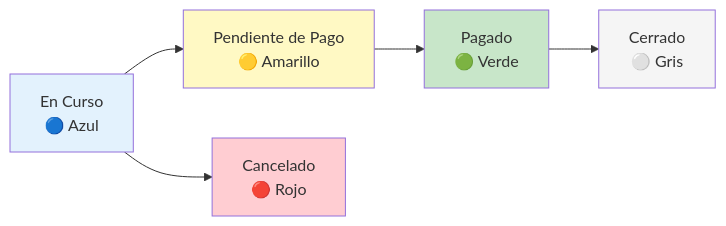
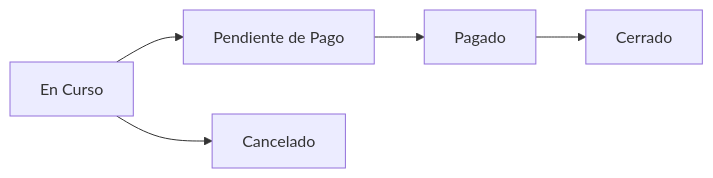
One commit to MKS2508/tpv-el-haido2 changed the second of 4 diagrams in apps/haidodocs/public/manual-usuario.md. Above: the diagram before and after it, drawn with Mermaid. The commit also changed other lines of this file and 23 other files, not shown here.

````diff
--- a/apps/haidodocs/public/manual-usuario.md
+++ b/apps/haidodocs/public/manual-usuario.md
@@ -565,13 +597,7 @@
 ```mermaid
 graph LR
-    A[En Curso<br/>🔵 Azul] --> B[Pendiente de Pago<br/>🟡 Amarillo]
-    B --> C[Pagado<br/>🟢 Verde]
-    C --> D[Cerrado<br/>⚪ Gris]
-    A --> E[Cancelado<br/>🔴 Rojo]
-
-    style A fill:#e3f2fd
-    style B fill:#fff9c4
-    style C fill:#c8e6c9
-    style D fill:#f5f5f5
-    style E fill:#ffcdd2
+    A[En Curso] --> B[Pendiente de Pago]
+    B --> C[Pagado]
+    C --> D[Cerrado]
+    A --> E[Cancelado]
 ```
````
